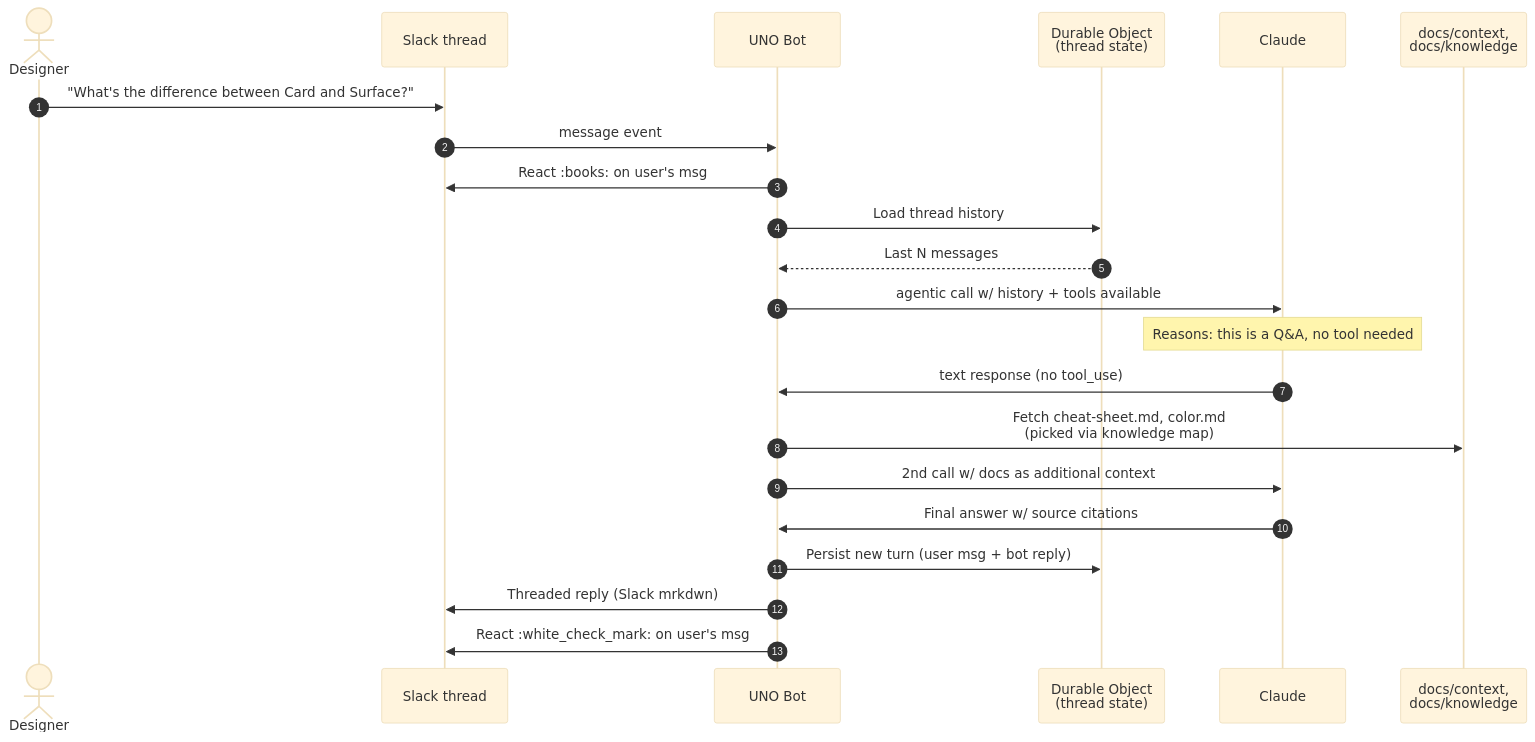
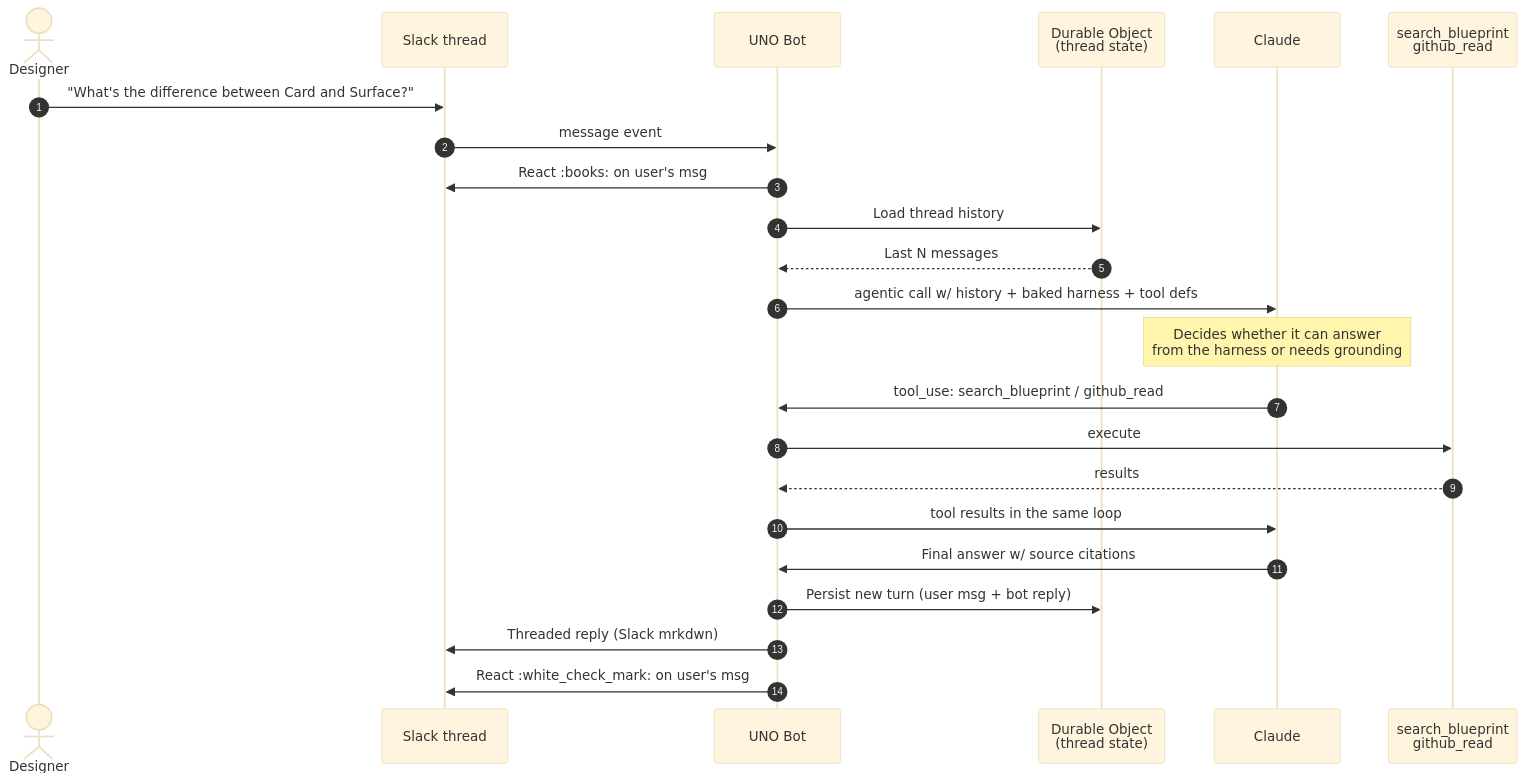
One commit to BilLogic/plus-uno changed the third of 4 diagrams in docs/context/product/uno-bot-flowcharts/uno-bot-v2-flowcharts.md. Above: the diagram before and after it, drawn with Mermaid (base theme). The commit also changed other lines of this file and 14 other files, not shown here.

````diff
--- a/docs/context/product/uno-bot-flowcharts/uno-bot-v2-flowcharts.md
+++ b/docs/context/product/uno-bot-flowcharts/uno-bot-v2-flowcharts.md
@@ -114,25 +146,26 @@
 ```mermaid
 sequenceDiagram
   autonumber
   actor D as Designer
   participant S as Slack thread
   participant Bot as UNO Bot
   participant DO as Durable Object<br/>(thread state)
   participant Claude
-  participant Docs as docs/context,<br/>docs/knowledge
+  participant Tools as search_blueprint<br/>github_read
 
   D->>S: "What's the difference between Card and Surface?"
   S->>Bot: message event
   Bot->>S: React :books: on user's msg
   Bot->>DO: Load thread history
   DO-->>Bot: Last N messages
-  Bot->>Claude: agentic call w/ history + tools available
-  Note over Claude: Reasons: this is a Q&A, no tool needed
-  Claude->>Bot: text response (no tool_use)
-  Bot->>Docs: Fetch cheat-sheet.md, color.md<br/>(picked via knowledge map)
-  Bot->>Claude: 2nd call w/ docs as additional context
+  Bot->>Claude: agentic call w/ history + baked harness + tool defs
+  Note over Claude: Decides whether it can answer<br/>from the harness or needs grounding
+  Claude->>Bot: tool_use: search_blueprint / github_read
+  Bot->>Tools: execute
+  Tools-->>Bot: results
+  Bot->>Claude: tool results in the same loop
   Claude->>Bot: Final answer w/ source citations
   Bot->>DO: Persist new turn (user msg + bot reply)
   Bot->>S: Threaded reply (Slack mrkdwn)
   Bot->>S: React :white_check_mark: on user's msg
 ```
````
